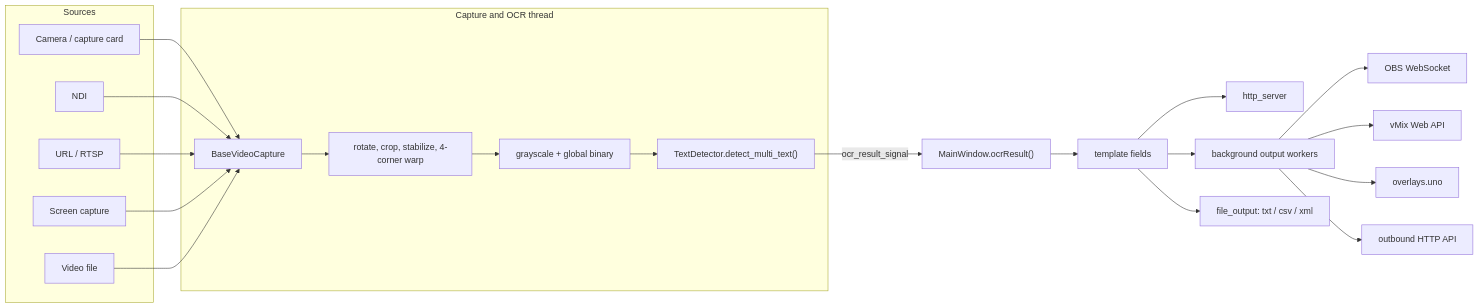
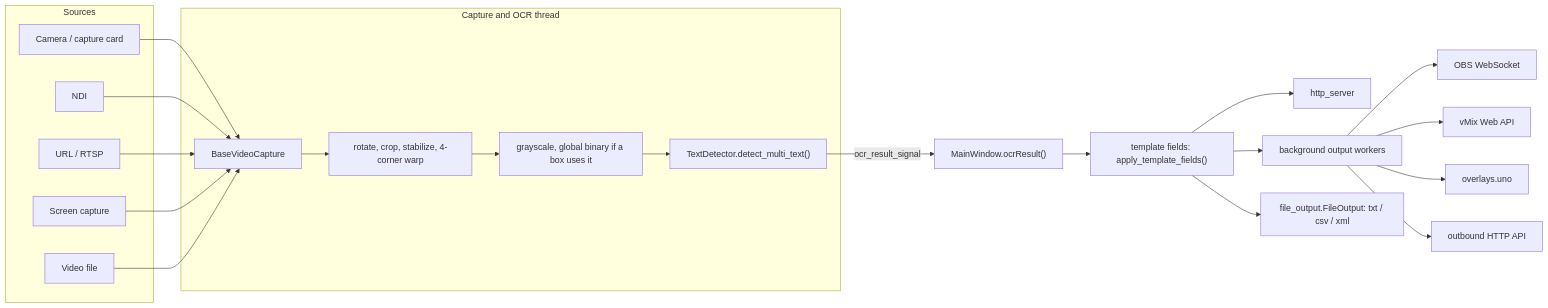
One commit to ThomasMcCrossin/scoresight changed the diagram in docs/development/architecture.md. Above: the diagram before and after it, drawn with Mermaid. The commit also changed other lines of this file and 6 other files, not shown here.

````diff
--- a/docs/development/architecture.md
+++ b/docs/development/architecture.md
@@ -22,25 +22,25 @@
 ```mermaid
 flowchart LR
     subgraph Sources
         CAM[Camera / capture card]
         NDI[NDI]
         URL[URL / RTSP]
         SCR[Screen capture]
         FILE[Video file]
     end
     subgraph TT [Capture and OCR thread]
         CAP[BaseVideoCapture] --> PRE[rotate, crop, stabilize, 4-corner warp]
-        PRE --> BIN[grayscale + global binary]
+        PRE --> BIN[grayscale, global binary if a box uses it]
         BIN --> OCR["TextDetector.detect_multi_text()"]
     end
     CAM & NDI & URL & SCR & FILE --> CAP
     OCR -- ocr_result_signal --> MW["MainWindow.ocrResult()"]
-    MW --> TPL[template fields]
+    MW --> TPL["template fields: apply_template_fields()"]
     TPL --> HTTP[http_server]
     TPL --> WORKERS[background output workers]
     WORKERS --> OBS[OBS WebSocket]
     WORKERS --> VMIX[vMix Web API]
     WORKERS --> UNO[overlays.uno]
     WORKERS --> API[outbound HTTP API]
-    TPL --> FILES[file_output: txt / csv / xml]
+    TPL --> FILES["file_output.FileOutput: txt / csv / xml"]
 ```
````
